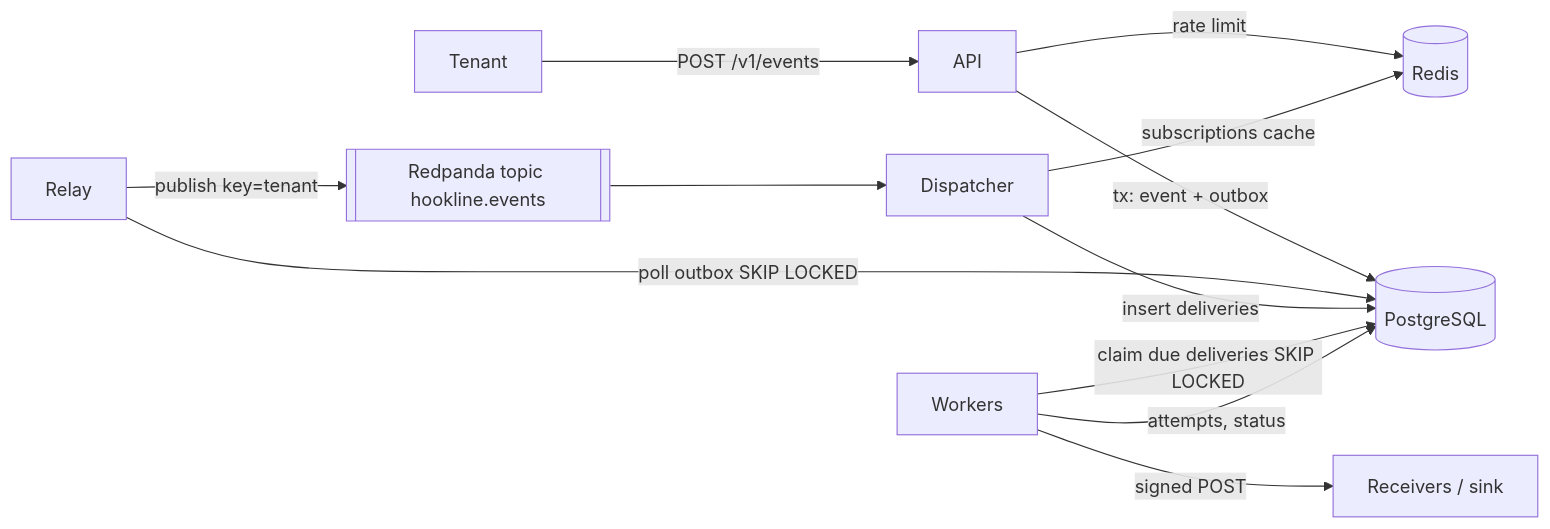
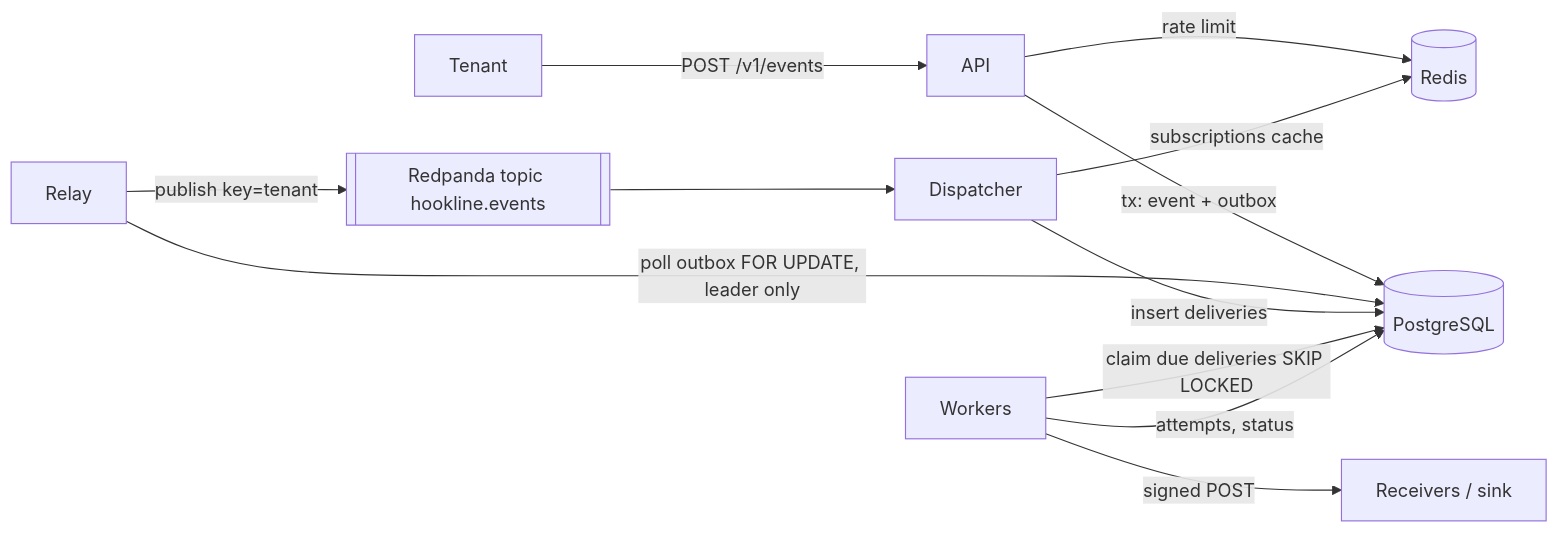
One commit to NogaMorag/senior-software-engineer-course changed the diagram in 00-stage1/06-final-project.md. Above: the diagram before and after it, drawn with Mermaid. The commit also changed other lines of this file and 16 other files, not shown here.

````diff
--- a/00-stage1/06-final-project.md
+++ b/00-stage1/06-final-project.md
@@ -44,14 +50,14 @@
 ```mermaid
 flowchart LR
   T[Tenant] -->|POST /v1/events| API
   API -->|tx: event + outbox| PG[(PostgreSQL)]
   API -->|rate limit| R[(Redis)]
-  Relay -->|poll outbox SKIP LOCKED| PG
+  Relay -->|poll outbox FOR UPDATE, leader only| PG
   Relay -->|publish key=tenant| K[[Redpanda topic hookline.events]]
   K --> Disp[Dispatcher]
   Disp -->|subscriptions cache| R
   Disp -->|insert deliveries| PG
   W[Workers] -->|claim due deliveries SKIP LOCKED| PG
   W -->|signed POST| S[Receivers / sink]
   W -->|attempts, status| PG
 ```
````
